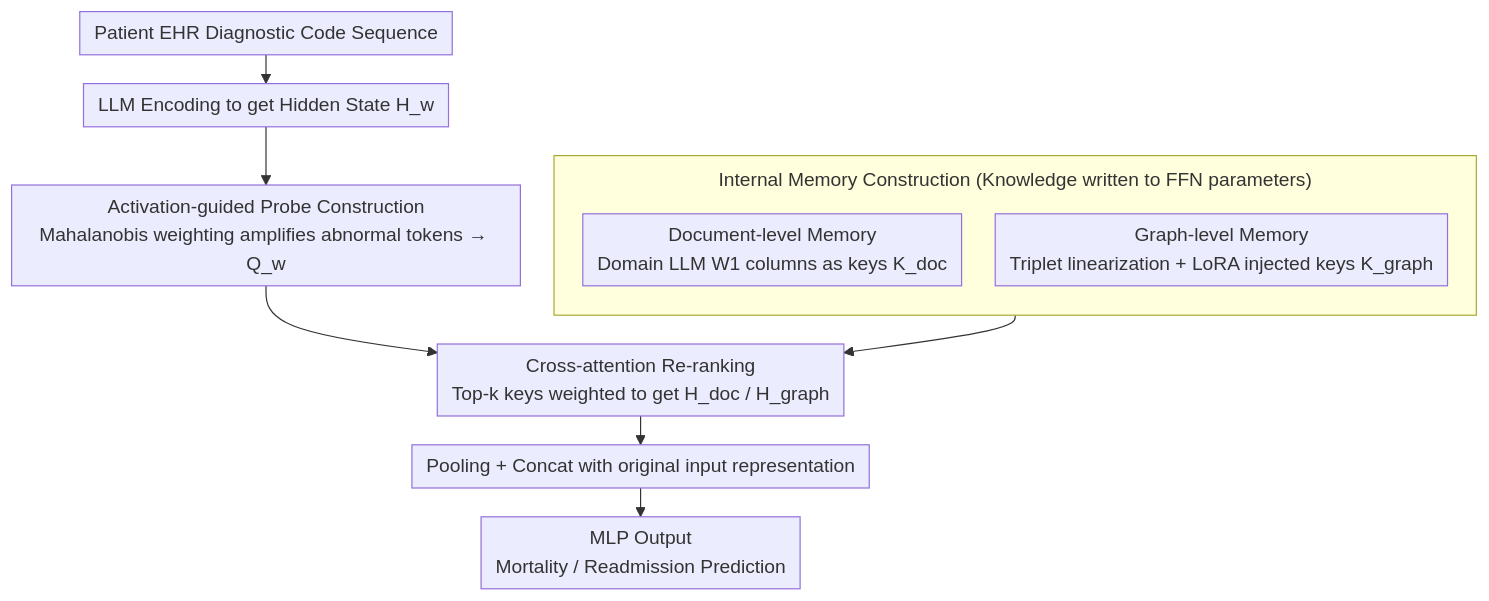
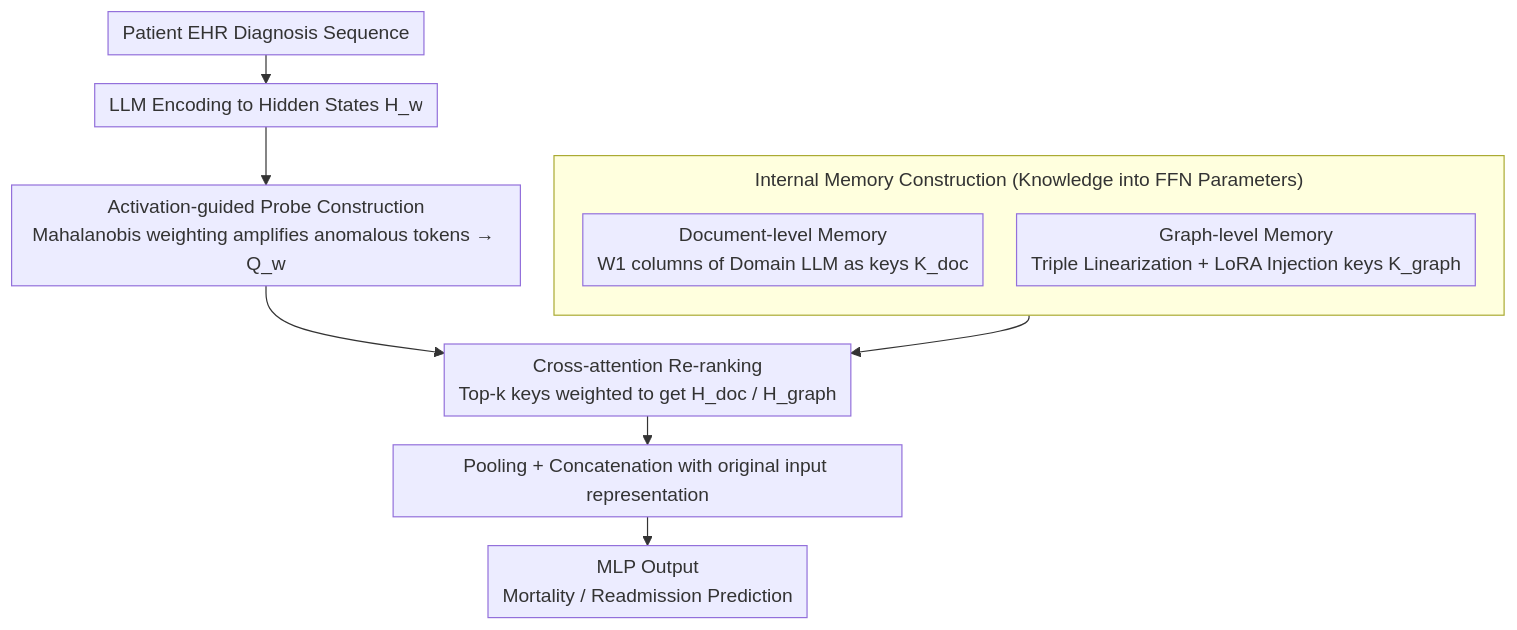
Before and after one commit to zhaoyang97/Paper-Notes-en: the diagram in docs/ACL2026/medical_nlp/efficient_and_effective_internal_memory_retrieval_for_llm-based_healthcare_predi.md, drawn with Mermaid. The commit also changed other lines of this file and 5084 other files, not shown here.

````diff
--- a/docs/ACL2026/medical_nlp/efficient_and_effective_internal_memory_retrieval_for_llm-based_healthcare_predi.md
+++ b/docs/ACL2026/medical_nlp/efficient_and_effective_internal_memory_retrieval_for_llm-based_healthcare_predi.md
@@ -43,15 +43,15 @@
 ```mermaid
 %%{init: {'flowchart': {'rankSpacing': 24, 'nodeSpacing': 28, 'padding': 6, 'wrappingWidth': 400, 'subGraphTitleMargin': {'top': 8, 'bottom': 16}}}}%%
 flowchart TD
-    IN["Patient EHR Diagnostic Code Sequence"] --> ENC["LLM Encoding to get Hidden State H_w"]
-    subgraph MEM["Internal Memory Construction (Knowledge written to FFN parameters)"]
+    IN["Patient EHR Diagnosis Sequence"] --> ENC["LLM Encoding to Hidden States H_w"]
+    subgraph MEM["Internal Memory Construction (Knowledge into FFN Parameters)"]
         direction TB
-        DOC["Document-level Memory<br/>Domain LLM W1 columns as keys K_doc"]
-        GRAPH["Graph-level Memory<br/>Triplet linearization + LoRA injected keys K_graph"]
+        DOC["Document-level Memory<br/>W1 columns of Domain LLM as keys K_doc"]
+        GRAPH["Graph-level Memory<br/>Triple Linearization + LoRA Injection keys K_graph"]
     end
-    ENC --> PROBE["Activation-guided Probe Construction<br/>Mahalanobis weighting amplifies abnormal tokens → Q_w"]
+    ENC --> PROBE["Activation-guided Probe Construction<br/>Mahalanobis weighting amplifies anomalous tokens → Q_w"]
     MEM --> CA["Cross-attention Re-ranking<br/>Top-k keys weighted to get H_doc / H_graph"]
     PROBE --> CA
-    CA --> MERGE["Pooling + Concat with original input representation"]
+    CA --> MERGE["Pooling + Concatenation with original input representation"]
     MERGE --> OUT["MLP Output<br/>Mortality / Readmission Prediction"]
 ```
````
